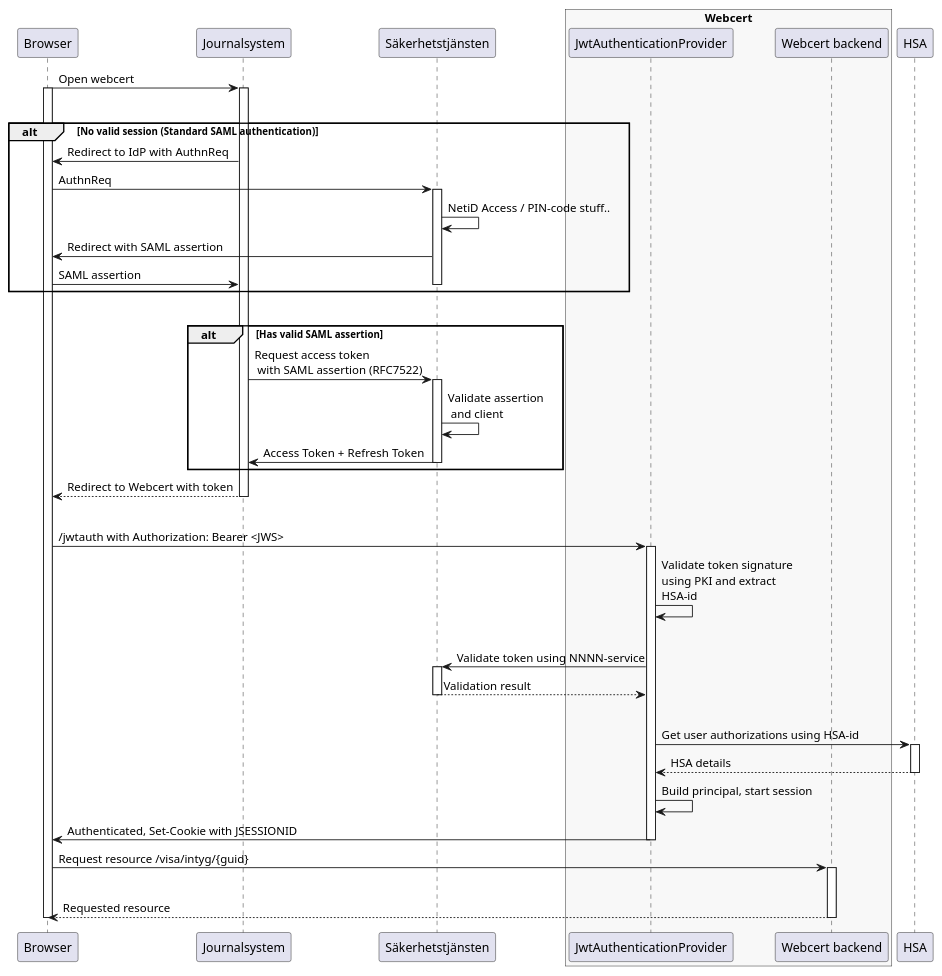
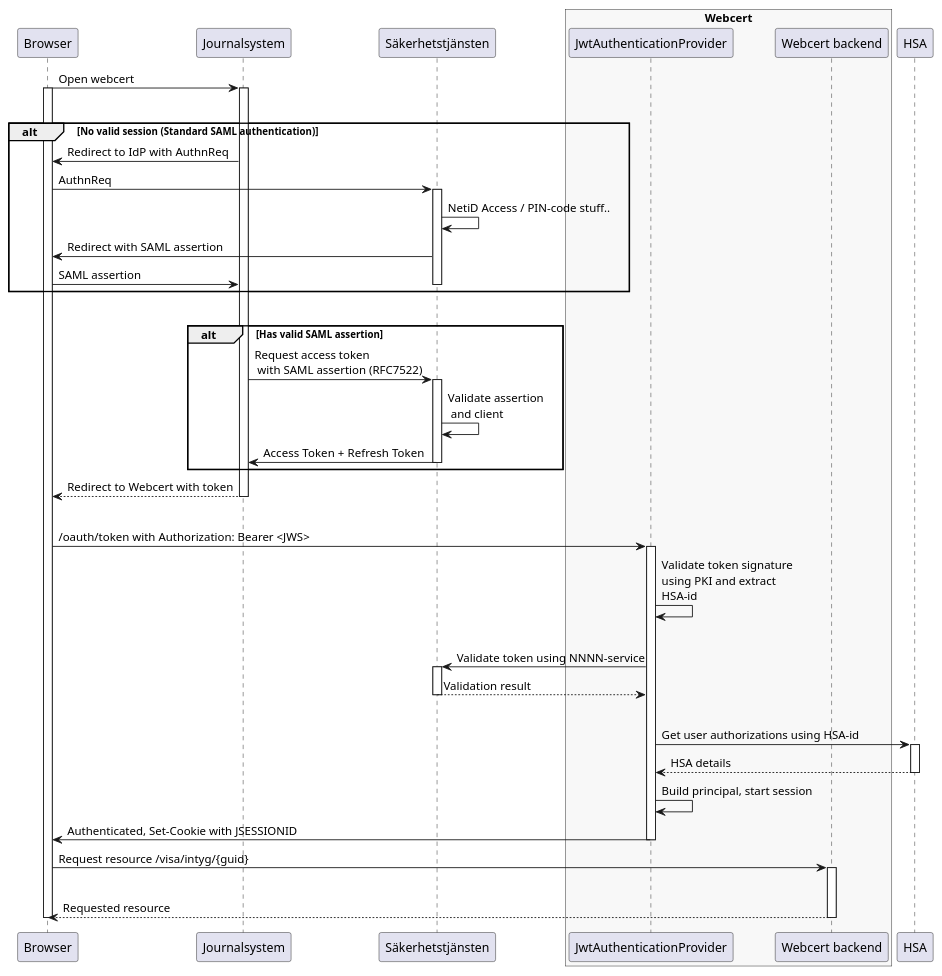
Before and after one commit to sklintyg/webcert: the diagram in docs/plantuml/saml-oidc-biljettvaxling.puml, drawn with PlantUML. The commit also changed 12 other files, not shown here.

```diff
--- a/docs/plantuml/saml-oidc-biljettvaxling.puml
+++ b/docs/plantuml/saml-oidc-biljettvaxling.puml
@@ -1,74 +1,74 @@
 @startuml
 participant b as "Browser"
 participant j as "Journalsystem"
 
 participant s as "Säkerhetstjänsten"
 
 box "Webcert" #F8F8F8
 	participant wj as "JwtAuthenticationProvider"
 	participant wb as "Webcert backend"
 end box
 
 participant HSA
 
 b -> j: Open webcert
 activate b
 activate j
 
 |||
 alt No valid session (Standard SAML authentication)
 j -> b: Redirect to IdP with AuthnReq
 
 b -> s: AuthnReq
 activate s
 s -> s: NetiD Access / PIN-code stuff..
 s -> b: Redirect with SAML assertion
 b -> j: SAML assertion
 
 deactivate s
 
 end
 
 |||
 alt Has valid SAML assertion
 j -> s: Request access token\n with SAML assertion (RFC7522)
 activate s
 s -> s: Validate assertion\n and client
 s -> j: Access Token + Refresh Token
 deactivate s
 end
 
 j --> b: Redirect to Webcert with token
 deactivate j
 |||
-b -> wj: /jwtauth with Authorization: Bearer <JWS>
+b -> wj: /oauth/token with Authorization: Bearer <JWS>
 
 
 activate  wj
 wj -> wj: Validate token signature\nusing PKI and extract\nHSA-id
 
 |||
 wj -> s: Validate token using NNNN-service
 activate s
 s --> wj: Validation result
 deactivate s
 
 |||
 wj -> HSA: Get user authorizations using HSA-id
 activate HSA
 HSA --> wj: HSA details
 deactivate HSA
 
 wj -> wj: Build principal, start session
 wj -> b: Authenticated, Set-Cookie with JSESSIONID
 deactivate  wj
 b -> wb: Request resource /visa/intyg/{guid}
 activate wb
 |||
 wb --> b: Requested resource
 
 deactivate wb
 
 deactivate b
 
 @enduml
```
